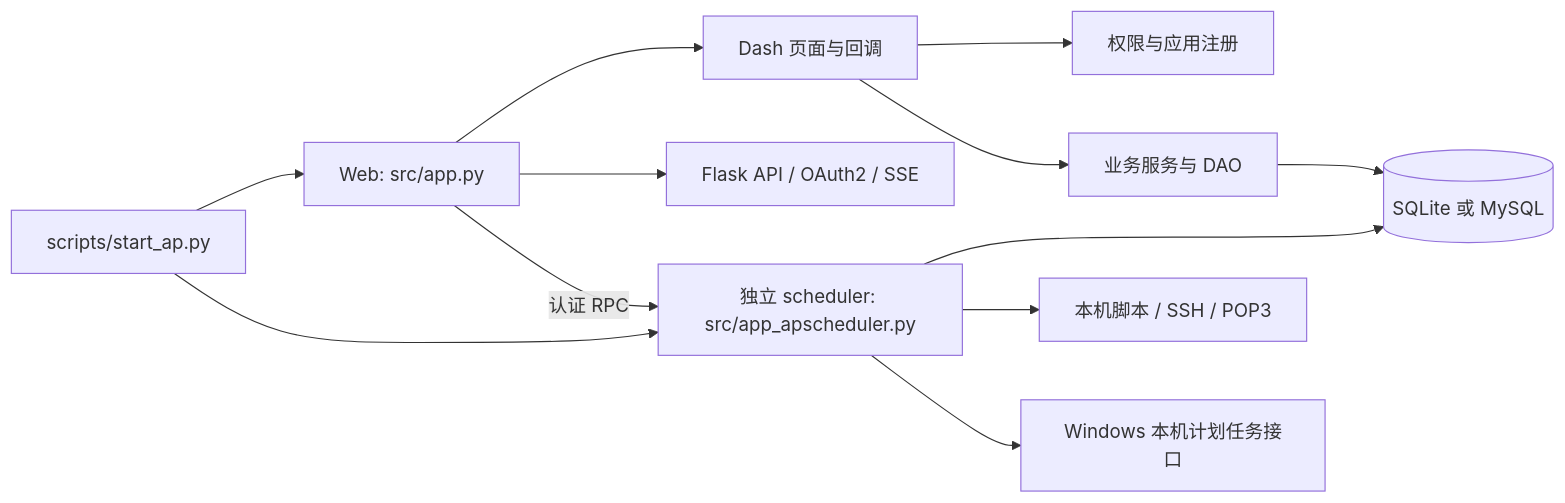
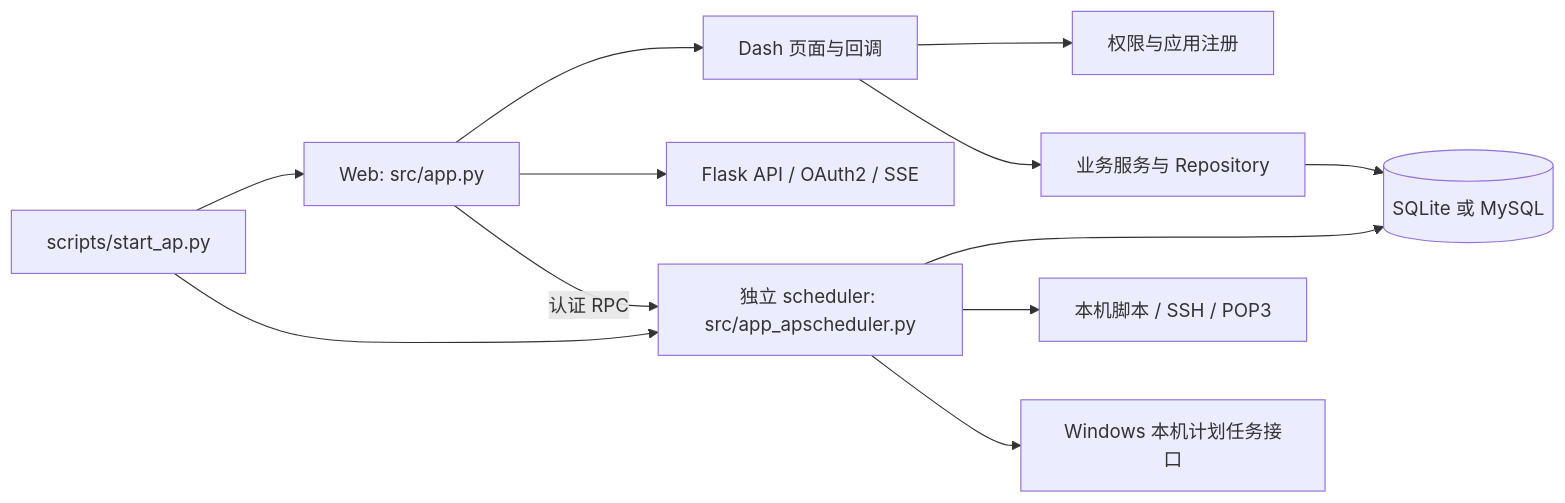
One commit to Ieer/Anita_SI_Platform changed the diagram in docs/project_inventory.md. Above: the diagram before and after it, drawn with Mermaid. The commit also changed other lines of this file and 68 other files, not shown here.

````diff
--- a/docs/project_inventory.md
+++ b/docs/project_inventory.md
@@ -7,14 +7,14 @@
 ```mermaid
 flowchart LR
     A[scripts/start_ap.py] --> B[Web: src/app.py]
     A --> C[独立 scheduler: src/app_apscheduler.py]
     B --> D[Dash 页面与回调]
     B --> E[Flask API / OAuth2 / SSE]
     D --> F[权限与应用注册]
-    D --> G[业务服务与 DAO]
+    D --> G[业务服务与 Repository]
     G --> H[(SQLite 或 MySQL)]
     C --> H
     B -->|认证 RPC| C
     C --> I[本机脚本 / SSH / POP3]
     C --> J[Windows 本机计划任务接口]
 ```
````
